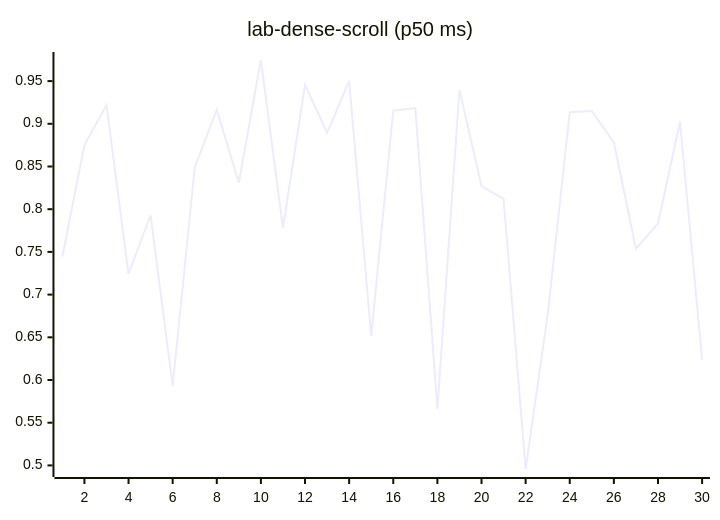
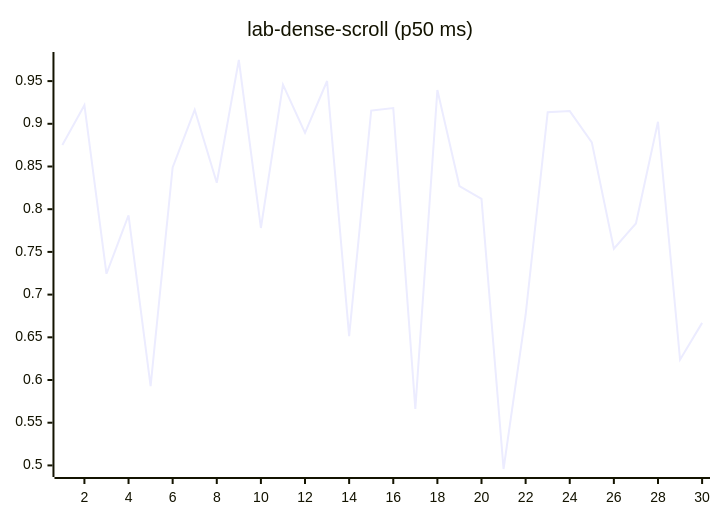
Diagram 12 of 27 in README.md (josha/Facet), drawn with Mermaid before and after one commit. The commit also changed other lines of this file and 2 other files, not shown here.

````diff
--- a/README.md
+++ b/README.md
@@ -140,6 +140,6 @@
 ```mermaid
 xychart-beta
     title "lab-dense-scroll (p50 ms)"
     x-axis 1 --> 30
-    line [0.7446, 0.8751, 0.9218, 0.7244, 0.7929, 0.5928, 0.8489, 0.9164, 0.8310, 0.9747, 0.7780, 0.9459, 0.8894, 0.9501, 0.6514, 0.9155, 0.9185, 0.5661, 0.9396, 0.8271, 0.8121, 0.4958, 0.6764, 0.9135, 0.9149, 0.8783, 0.7537, 0.7833, 0.9024, 0.6238]
+    line [0.8751, 0.9218, 0.7244, 0.7929, 0.5928, 0.8489, 0.9164, 0.8310, 0.9747, 0.7780, 0.9459, 0.8894, 0.9501, 0.6514, 0.9155, 0.9185, 0.5661, 0.9396, 0.8271, 0.8121, 0.4958, 0.6764, 0.9135, 0.9149, 0.8783, 0.7537, 0.7833, 0.9024, 0.6238, 0.6669]
 ```
````
